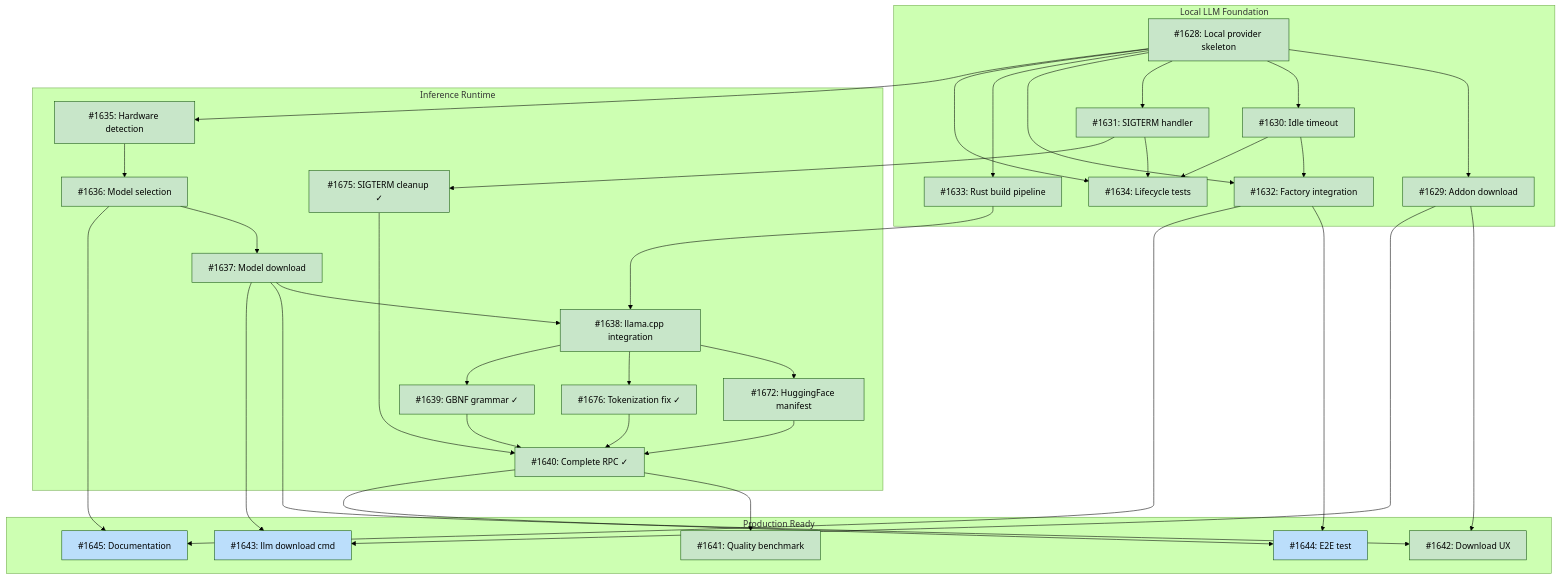
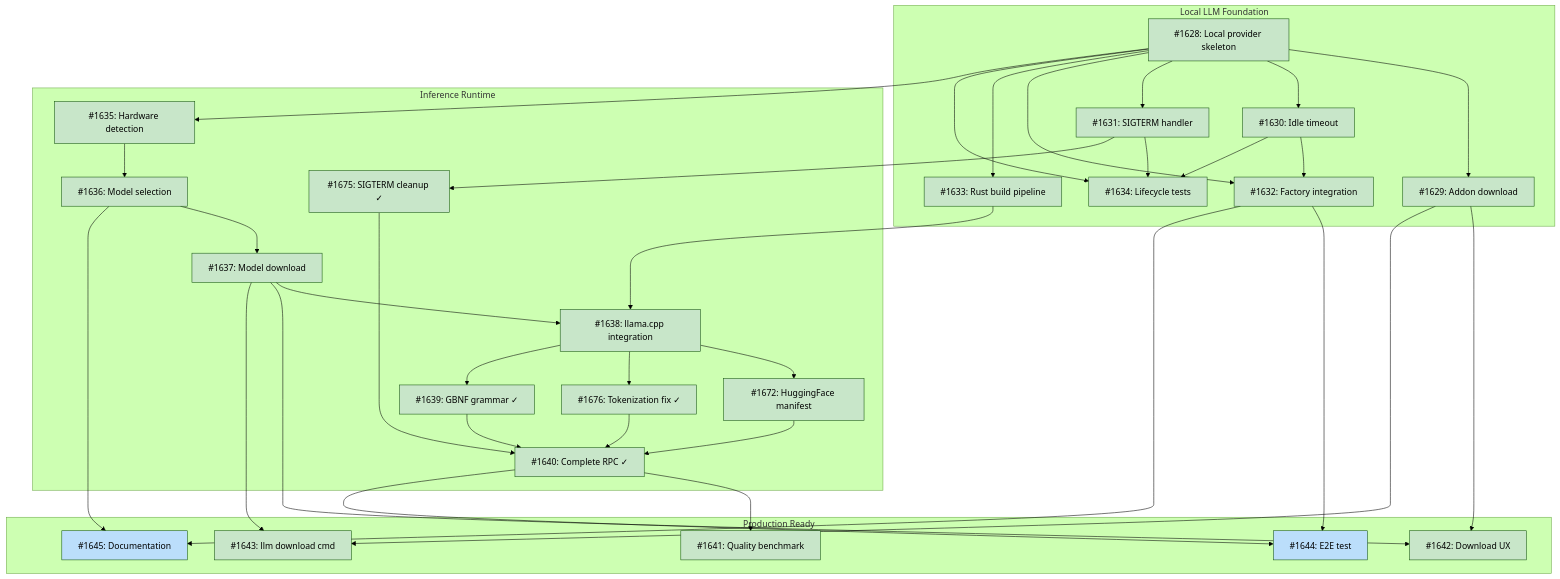
Before and after one commit to tsukumogami/tsuku: the diagram in docs/designs/DESIGN-local-llm-runtime.md, drawn with Mermaid (forest theme). The commit also changed other lines of this file and 8 other files, not shown here.

````diff
--- a/docs/designs/DESIGN-local-llm-runtime.md
+++ b/docs/designs/DESIGN-local-llm-runtime.md
@@ -80,72 +80,72 @@
 ```mermaid
 graph TD
     subgraph M1["Local LLM Foundation"]
         I1628["#1628: Local provider skeleton"]
         I1629["#1629: Addon download"]
         I1630["#1630: Idle timeout"]
         I1631["#1631: SIGTERM handler"]
         I1632["#1632: Factory integration"]
         I1633["#1633: Rust build pipeline"]
         I1634["#1634: Lifecycle tests"]
     end
 
     subgraph M2["Inference Runtime"]
         I1635["#1635: Hardware detection"]
         I1636["#1636: Model selection"]
         I1637["#1637: Model download"]
         I1638["#1638: llama.cpp integration"]
         I1672["#1672: HuggingFace manifest"]
         I1675["#1675: SIGTERM cleanup ✓"]
         I1676["#1676: Tokenization fix ✓"]
         I1639["#1639: GBNF grammar ✓"]
         I1640["#1640: Complete RPC ✓"]
     end
 
     subgraph M3["Production Ready"]
         I1641["#1641: Quality benchmark"]
         I1642["#1642: Download UX"]
         I1643["#1643: llm download cmd"]
         I1644["#1644: E2E test"]
         I1645["#1645: Documentation"]
     end
 
     I1628 --> I1629
     I1628 --> I1630
     I1628 --> I1631
     I1628 --> I1632
     I1630 --> I1632
     I1628 --> I1633
     I1628 --> I1634
     I1630 --> I1634
     I1631 --> I1634
     I1628 --> I1635
     I1635 --> I1636
     I1636 --> I1637
     I1633 --> I1638
     I1637 --> I1638
     I1638 --> I1672
     I1631 --> I1675
     I1638 --> I1676
     I1638 --> I1639
     I1672 --> I1640
     I1675 --> I1640
     I1676 --> I1640
     I1639 --> I1640
     I1640 --> I1641
     I1629 --> I1642
     I1637 --> I1642
     I1629 --> I1643
     I1637 --> I1643
     I1640 --> I1644
     I1632 --> I1644
     I1632 --> I1645
     I1636 --> I1645
 
     classDef done fill:#c8e6c9
     classDef ready fill:#bbdefb
     classDef blocked fill:#fff9c4
     classDef needsDesign fill:#e1bee7
 
-    class I1628,I1629,I1630,I1631,I1632,I1633,I1634,I1635,I1636,I1637,I1638,I1672,I1675,I1676,I1639,I1640,I1641,I1642 done
-    class I1643,I1644,I1645 ready
+    class I1628,I1629,I1630,I1631,I1632,I1633,I1634,I1635,I1636,I1637,I1638,I1672,I1675,I1676,I1639,I1640,I1641,I1642,I1643 done
+    class I1644,I1645 ready
 ```
````
